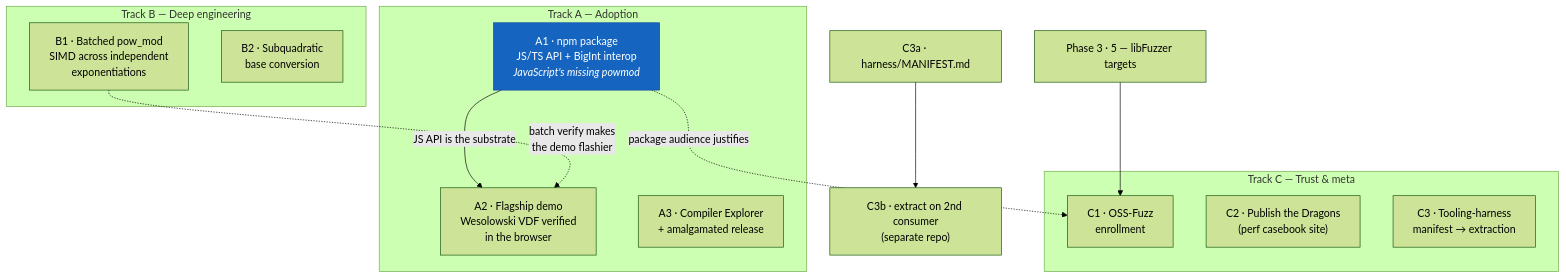
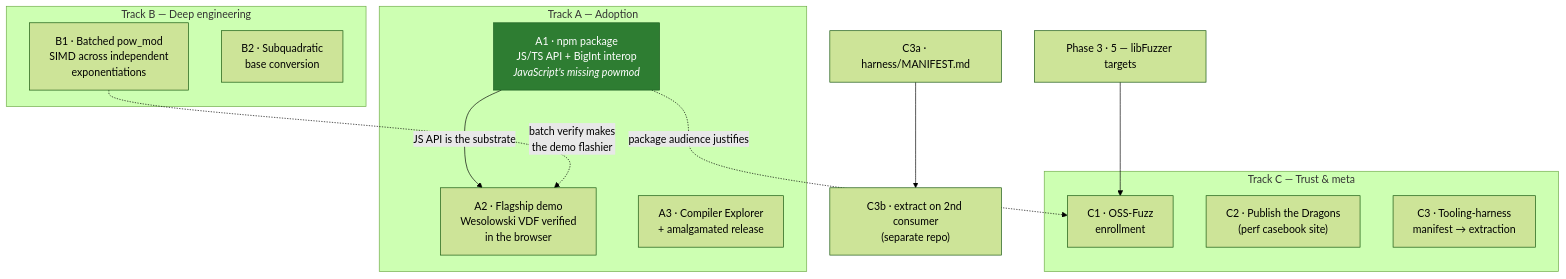
The diagram in ROADMAP.md (henry-filgueiras/hydra), drawn with Mermaid (forest theme) before and after one commit. The commit also changed other lines of this file and 14 other files, not shown here.

First line of the commit message:
feat(pkg): hydra-bignum npm package — JavaScript's missing powMod (roadmap A1)

````diff
--- a/ROADMAP.md
+++ b/ROADMAP.md
@@ -12,27 +12,27 @@
 ```mermaid
 flowchart TD
     subgraph TrackA["Track A — Adoption"]
         A1["A1 · npm package<br/>JS/TS API + BigInt interop<br/><i>JavaScript's missing powmod</i>"]
         A2["A2 · Flagship demo<br/>Wesolowski VDF verified<br/>in the browser"]
         A3["A3 · Compiler Explorer<br/>+ amalgamated release"]
     end
     subgraph TrackB["Track B — Deep engineering"]
         B1["B1 · Batched pow_mod<br/>SIMD across independent<br/>exponentiations"]
         B2["B2 · Subquadratic<br/>base conversion"]
     end
     subgraph TrackC["Track C — Trust & meta"]
         C1["C1 · OSS-Fuzz<br/>enrollment"]
         C2["C2 · Publish the Dragons<br/>(perf casebook site)"]
         C3["C3 · Tooling-harness<br/>manifest → extraction"]
     end
 
     A1 -->|JS API is the substrate| A2
     B1 -.->|batch verify makes<br/>the demo flashier| A2
     A1 -.->|package audience justifies| C1
     P5["Phase 3 · 5 — libFuzzer targets"] --> C1
     C3M["C3a · harness/MANIFEST.md"] --> C3X["C3b · extract on 2nd consumer<br/>(separate repo)"]
 
     classDef done fill:#2e7d32,color:#fff,stroke:#1b5e20
     classDef next fill:#1565c0,color:#fff,stroke:#0d47a1
-    class A1 next
+    class A1 done
 ```
````
